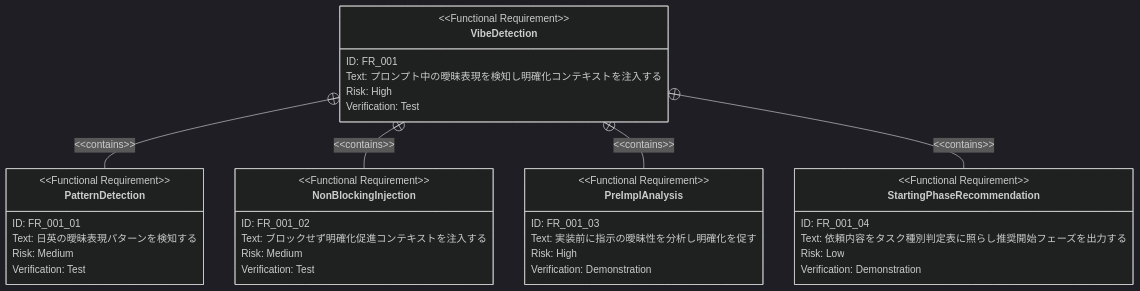
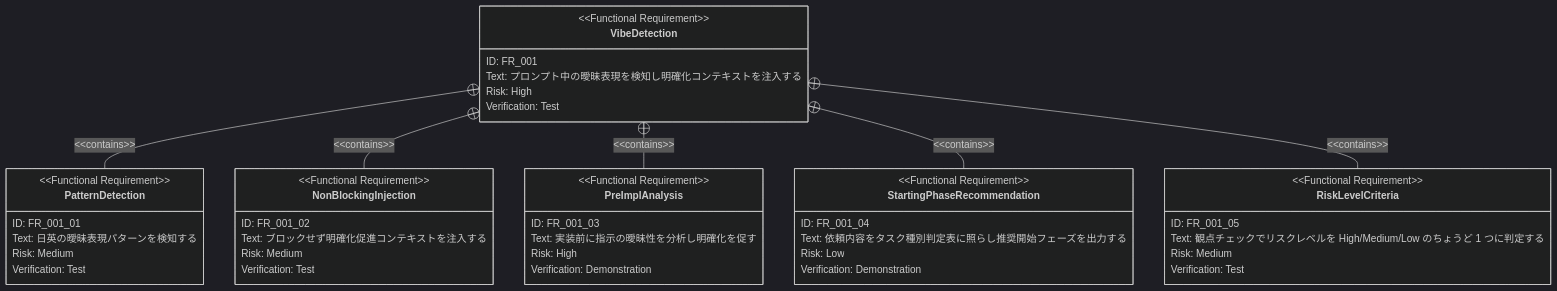
The second of 2 diagrams in .sdd/requirement/quality-guardrails/vibe-detection.md (ToshikiImagawa/ai-sdd-workflow-dev), drawn with Mermaid before and after one commit. The commit also changed other lines of this file and 2 other files, not shown here.

First line of the commit message:
docs: add FR_001_05 risk level criteria to vibe-detection PRD/spec/ADR (Refs #9)

````diff
--- a/.sdd/requirement/quality-guardrails/vibe-detection.md
+++ b/.sdd/requirement/quality-guardrails/vibe-detection.md
@@ -68,43 +69,51 @@
 ```mermaid
 %%{init: {'theme': 'dark'}}%%
 requirementDiagram
     functionalRequirement VibeDetection {
         id: FR_001
         text: "プロンプト中の曖昧表現を検知し明確化コンテキストを注入する"
         risk: high
         verifymethod: test
     }
 
     functionalRequirement PatternDetection {
         id: FR_001_01
         text: "日英の曖昧表現パターンを検知する"
         risk: medium
         verifymethod: test
     }
 
     functionalRequirement NonBlockingInjection {
         id: FR_001_02
         text: "ブロックせず明確化促進コンテキストを注入する"
         risk: medium
         verifymethod: test
     }
 
     functionalRequirement PreImplAnalysis {
         id: FR_001_03
         text: "実装前に指示の曖昧性を分析し明確化を促す"
         risk: high
         verifymethod: demonstration
     }
 
     functionalRequirement StartingPhaseRecommendation {
         id: FR_001_04
         text: "依頼内容をタスク種別判定表に照らし推奨開始フェーズを出力する"
         risk: low
         verifymethod: demonstration
     }
 
+    functionalRequirement RiskLevelCriteria {
+        id: FR_001_05
+        text: "観点チェックでリスクレベルを High/Medium/Low のちょうど 1 つに判定する"
+        risk: medium
+        verifymethod: test
+    }
+
     VibeDetection - contains -> PatternDetection
     VibeDetection - contains -> NonBlockingInjection
     VibeDetection - contains -> PreImplAnalysis
     VibeDetection - contains -> StartingPhaseRecommendation
+    VibeDetection - contains -> RiskLevelCriteria
 ```
````
